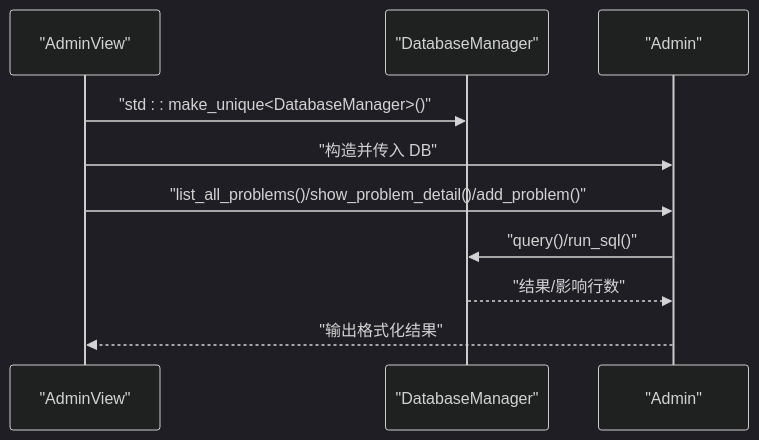
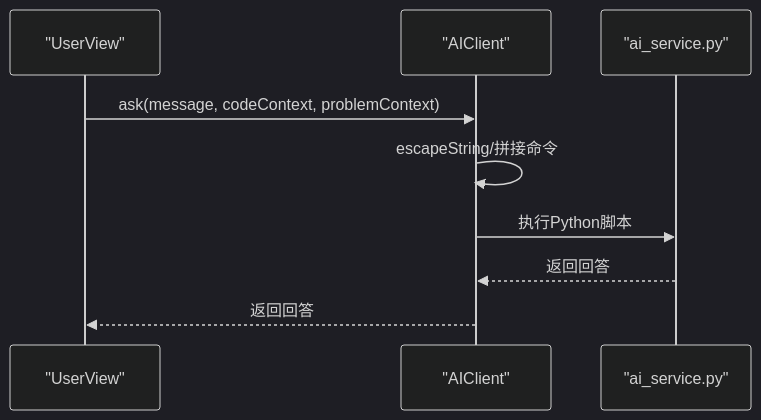
Before and after one commit to jinpeng900/OJ-Test: the seventh of 8 diagrams in .qoder/repowiki/zh/content/系统架构设计/系统架构设计.md, drawn with Mermaid (dark theme). The commit also changed other lines of this file and 65 other files, not shown here.

````diff
--- a/.qoder/repowiki/zh/content/系统架构设计/系统架构设计.md
+++ b/.qoder/repowiki/zh/content/系统架构设计/系统架构设计.md
@@ -227,12 +303,11 @@
 ```mermaid
 sequenceDiagram
-participant AV as "AdminView"
-participant DB as "DatabaseManager"
-participant ADM as "Admin"
-AV->>DB : "std : : make_unique<DatabaseManager>()"
-AV->>ADM : "构造并传入 DB"
-AV->>ADM : "list_all_problems()/show_problem_detail()/add_problem()"
-ADM->>DB : "query()/run_sql()"
-DB-->>ADM : "结果/影响行数"
-ADM-->>AV : "输出格式化结果"
+participant UV as "UserView"
+participant AC as "AIClient"
+participant PY as "ai_service.py"
+UV->>AC : ask(message, codeContext, problemContext)
+AC->>AC : escapeString/拼接命令
+AC->>PY : 执行Python脚本
+PY-->>AC : 返回回答
+AC-->>UV : 返回回答
 ```
````
